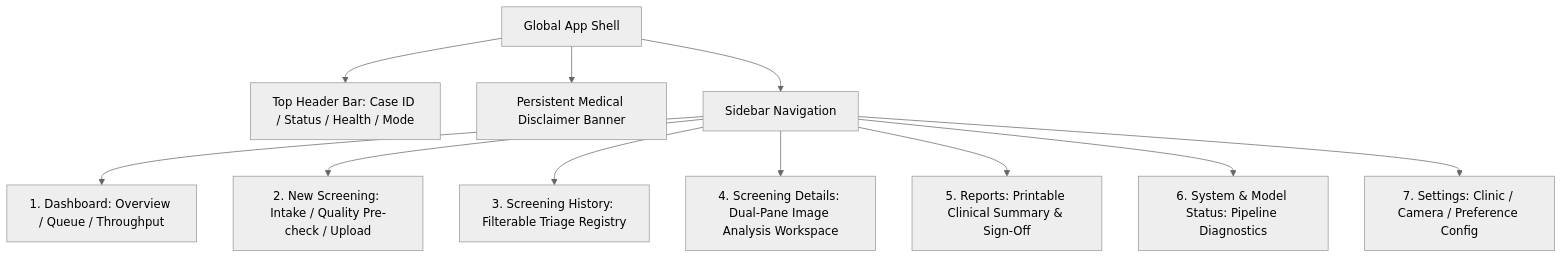
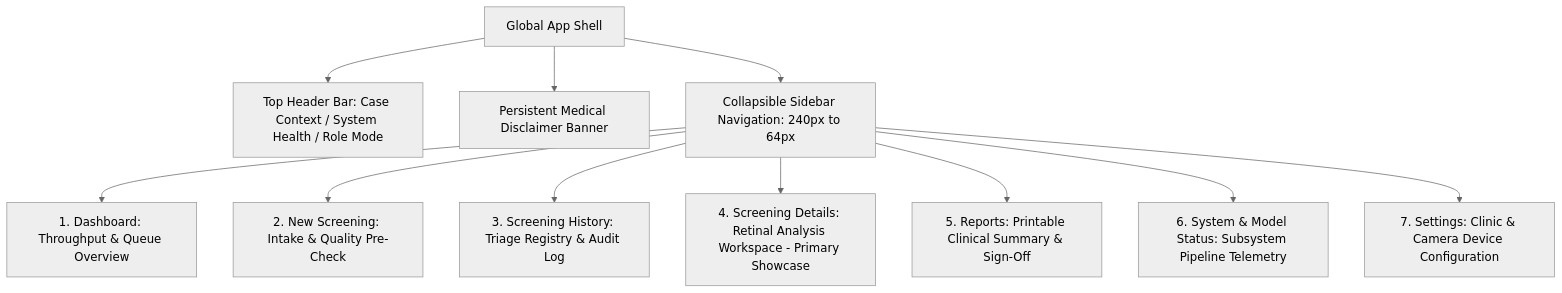
One commit to DevWithOm/Eyeris changed the diagram in docs/design_research/design_approval_report.md. Above: the diagram before and after it, drawn with Mermaid (neutral theme). The commit also changed other lines of this file and 4 other files, not shown here.

````diff
--- a/docs/design_research/design_approval_report.md
+++ b/docs/design_research/design_approval_report.md
@@ -59,14 +64,14 @@
 ```mermaid
 graph TD
-    App[Global App Shell] --> TopNav[Top Header Bar: Case ID / Status / Health / Mode]
+    App[Global App Shell] --> TopNav[Top Header Bar: Case Context / System Health / Role Mode]
     App --> Disclaimer[Persistent Medical Disclaimer Banner]
-    App --> Sidebar[Sidebar Navigation]
+    App --> Sidebar[Collapsible Sidebar Navigation: 240px to 64px]
     
-    Sidebar --> D[1. Dashboard: Overview / Queue / Throughput]
-    Sidebar --> N[2. New Screening: Intake / Quality Pre-check / Upload]
-    Sidebar --> H[3. Screening History: Filterable Triage Registry]
-    Sidebar --> S[4. Screening Details: Dual-Pane Image Analysis Workspace]
+    Sidebar --> D[1. Dashboard: Throughput & Queue Overview]
+    Sidebar --> N[2. New Screening: Intake & Quality Pre-Check]
+    Sidebar --> H[3. Screening History: Triage Registry & Audit Log]
+    Sidebar --> S[4. Screening Details: Retinal Analysis Workspace - Primary Showcase]
     Sidebar --> R[5. Reports: Printable Clinical Summary & Sign-Off]
-    Sidebar --> M[6. System & Model Status: Pipeline Diagnostics]
-    Sidebar --> Set[7. Settings: Clinic / Camera / Preference Config]
+    Sidebar --> M[6. System & Model Status: Subsystem Pipeline Telemetry]
+    Sidebar --> Set[7. Settings: Clinic & Camera Device Configuration]
 ```
````
